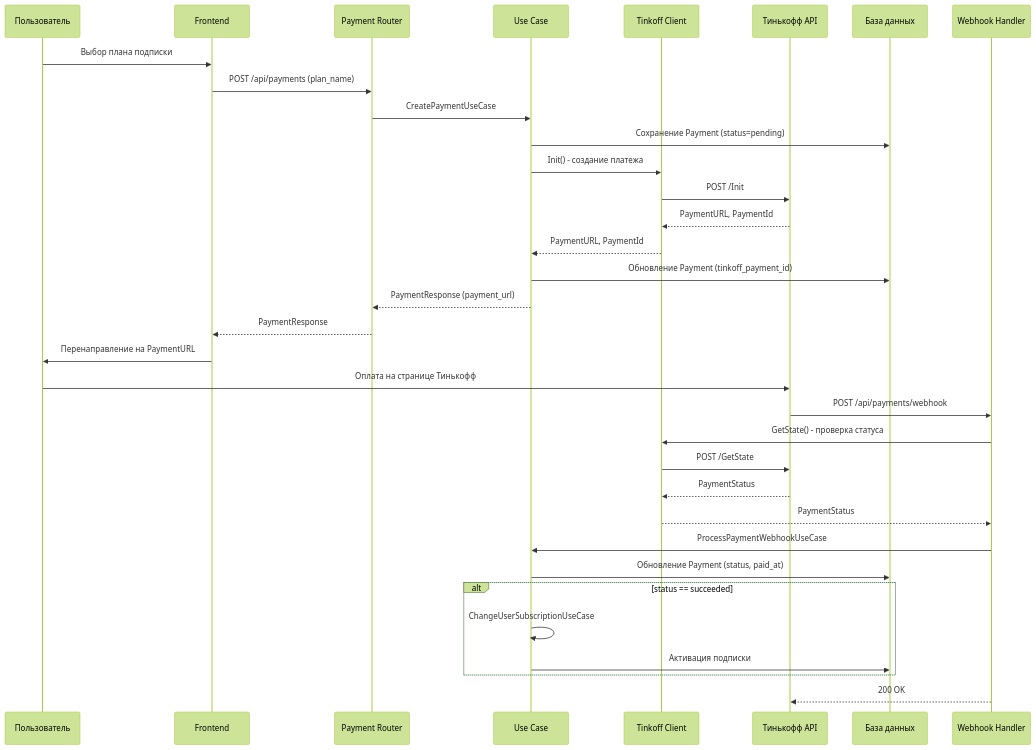
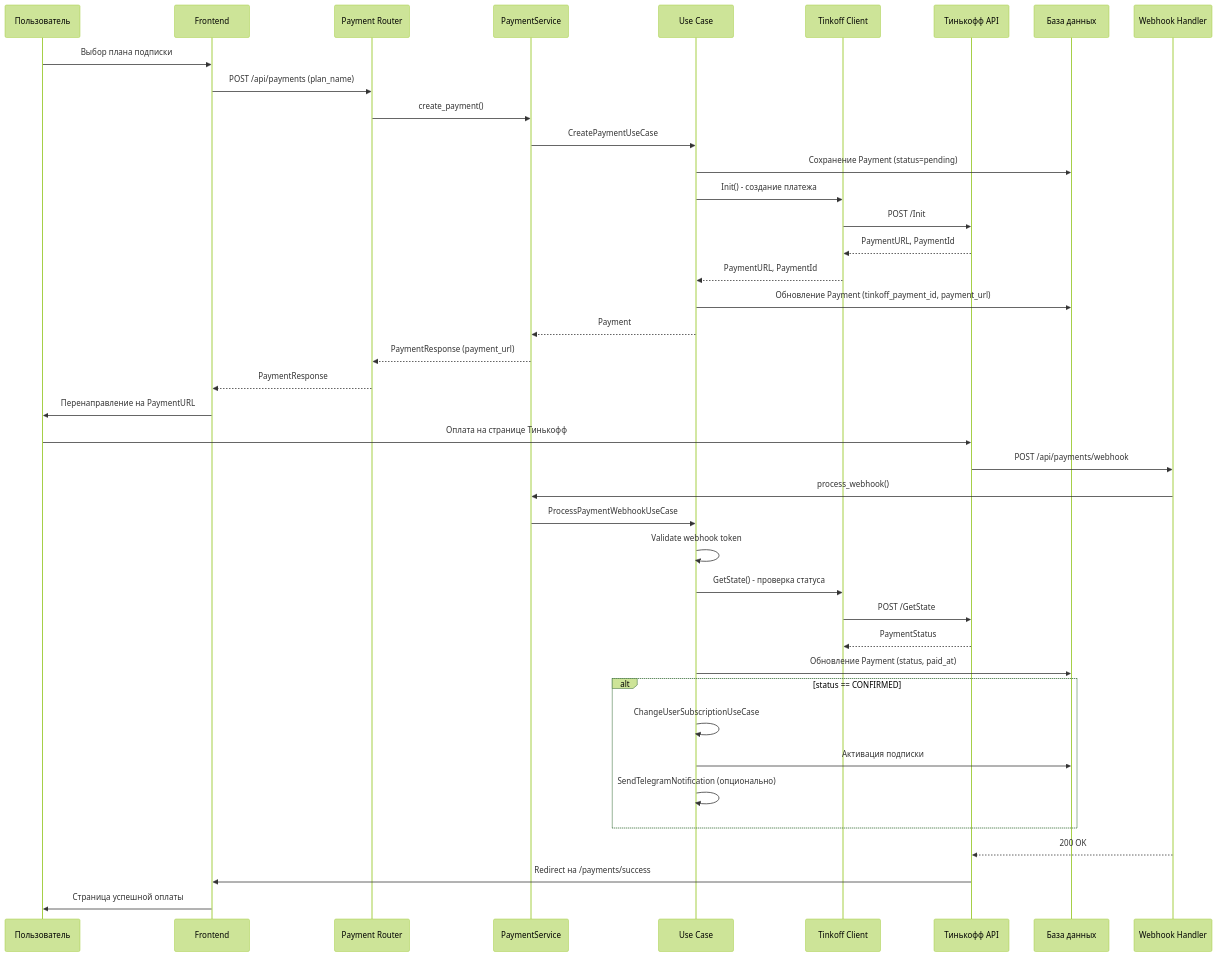
The diagram in .cursor/plans/подключение_тинькофф_эквайринга_0ebc56ac.plan.md (cheboxarov/ez-job), drawn with Mermaid (forest theme) before and after one commit. The commit also changed other lines of this file and 168 other files, not shown here.

````diff
--- a/.cursor/plans/подключение_тинькофф_эквайринга_0ebc56ac.plan.md
+++ b/.cursor/plans/подключение_тинькофф_эквайринга_0ebc56ac.plan.md
@@ -73,38 +166,46 @@
 ```mermaid
 sequenceDiagram
     participant User as Пользователь
     participant Frontend as Frontend
     participant API as Payment Router
+    participant Service as PaymentService
     participant UC as Use Case
     participant Client as Tinkoff Client
     participant Tinkoff as Тинькофф API
     participant DB as База данных
     participant Webhook as Webhook Handler
 
     User->>Frontend: Выбор плана подписки
     Frontend->>API: POST /api/payments (plan_name)
-    API->>UC: CreatePaymentUseCase
+    API->>Service: create_payment()
+    Service->>UC: CreatePaymentUseCase
     UC->>DB: Сохранение Payment (status=pending)
     UC->>Client: Init() - создание платежа
     Client->>Tinkoff: POST /Init
     Tinkoff-->>Client: PaymentURL, PaymentId
     Client-->>UC: PaymentURL, PaymentId
-    UC->>DB: Обновление Payment (tinkoff_payment_id)
-    UC-->>API: PaymentResponse (payment_url)
+    UC->>DB: Обновление Payment (tinkoff_payment_id, payment_url)
+    UC-->>Service: Payment
+    Service-->>API: PaymentResponse (payment_url)
     API-->>Frontend: PaymentResponse
     Frontend->>User: Перенаправление на PaymentURL
-    
+
     User->>Tinkoff: Оплата на странице Тинькофф
     Tinkoff->>Webhook: POST /api/payments/webhook
-    Webhook->>Client: GetState() - проверка статуса
+    Webhook->>Service: process_webhook()
+    Service->>UC: ProcessPaymentWebhookUseCase
+    UC->>UC: Validate webhook token
+    UC->>Client: GetState() - проверка статуса
     Client->>Tinkoff: POST /GetState
     Tinkoff-->>Client: PaymentStatus
-    Client-->>Webhook: PaymentStatus
-    Webhook->>UC: ProcessPaymentWebhookUseCase
     UC->>DB: Обновление Payment (status, paid_at)
-    alt status == succeeded
+    alt status == CONFIRMED
         UC->>UC: ChangeUserSubscriptionUseCase
         UC->>DB: Активация подписки
+        UC->>UC: SendTelegramNotification (опционально)
     end
     Webhook-->>Tinkoff: 200 OK
+
+    Tinkoff->>Frontend: Redirect на /payments/success
+    Frontend->>User: Страница успешной оплаты
 ```
````
